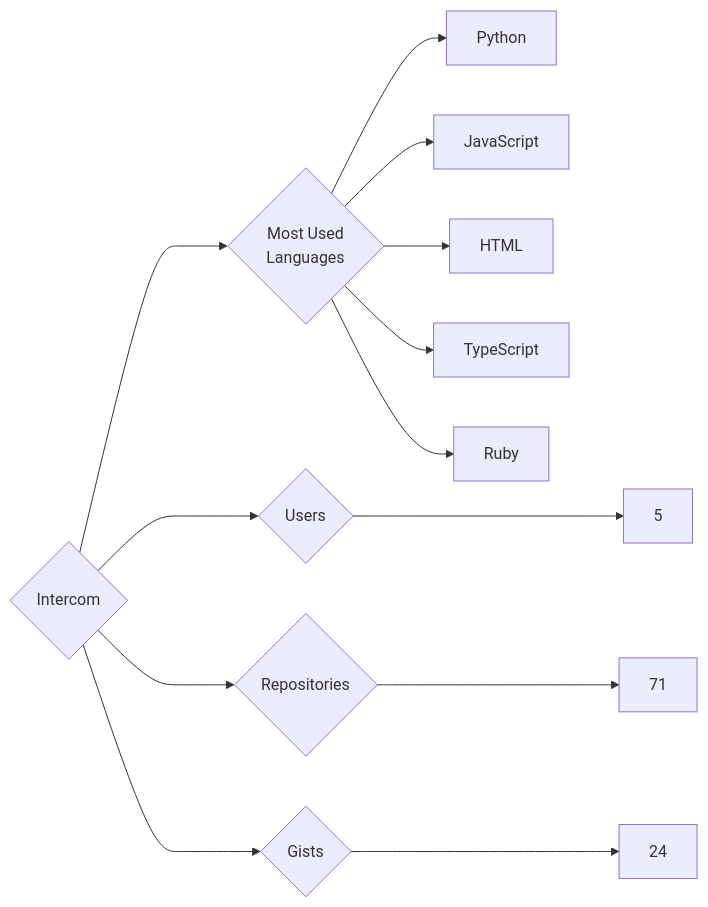
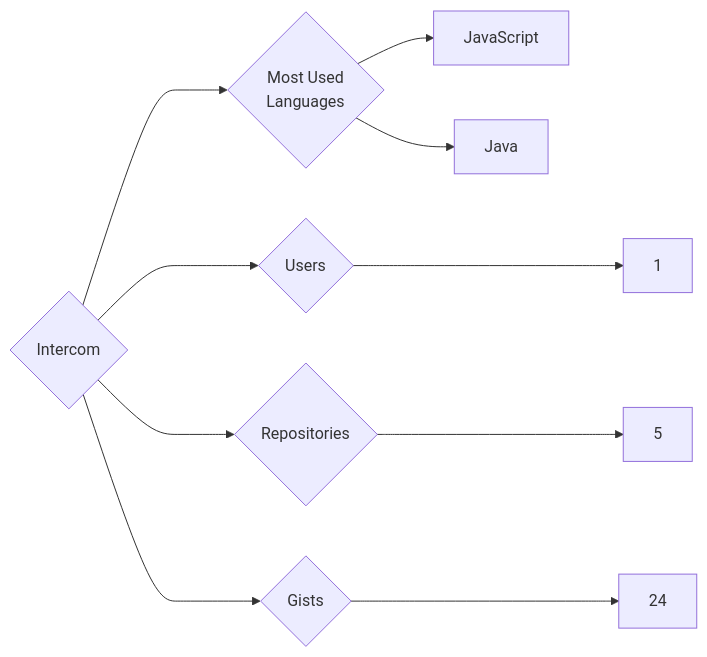
Before and after one commit to trickest/insiders: the diagram in targets/Intercom/README.md, drawn with Mermaid. The commit also changed 559 other files, not shown here.

````diff
--- a/targets/Intercom/README.md
+++ b/targets/Intercom/README.md
@@ -3,13 +3,10 @@
 ```mermaid
 graph LR
 COMPANY_NAME{Intercom}
-COMPANY_NAME ---> U{Users} ---> UN[5]
-COMPANY_NAME ---> R{Repositories} ---> RN[71]
+COMPANY_NAME ---> U{Users} ---> UN[1]
+COMPANY_NAME ---> R{Repositories} ---> RN[5]
 COMPANY_NAME ---> G{Gists} ---> GN[24]
 COMPANY_NAME ---> ML{Most Used<br>Languages}
-ML --> Python[Python]
 ML --> JavaScript[JavaScript]
-ML --> HTML[HTML]
-ML --> TypeScript[TypeScript]
-ML --> Ruby[Ruby]
+ML --> Java[Java]
 ```
````
